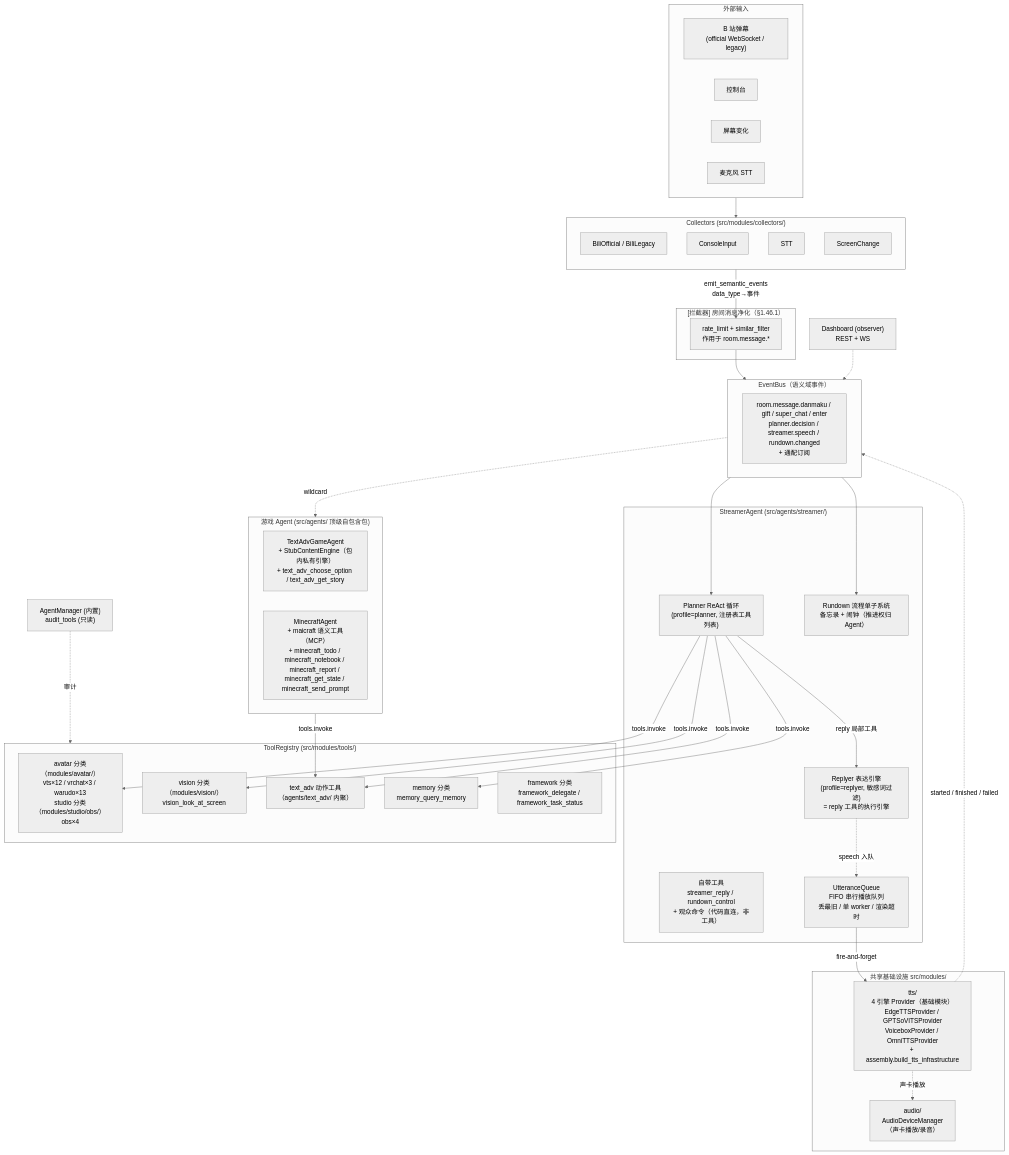
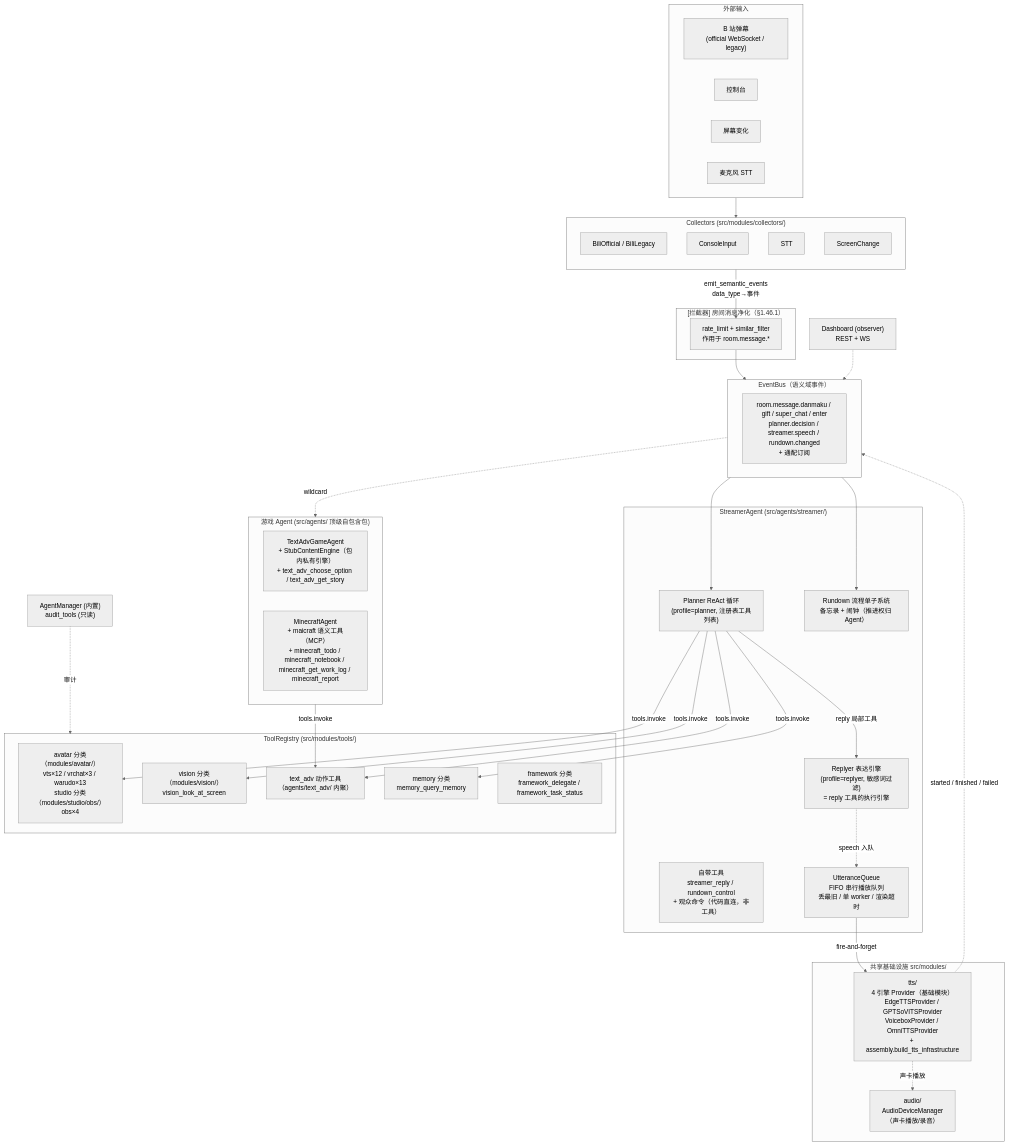
Before and after one commit to LittleSadSheep/Amaidesu: the first of 3 diagrams in docs/architecture/overview.md, drawn with Mermaid (neutral theme). The commit also changed other lines of this file and 10 other files, not shown here.

````diff
--- a/docs/architecture/overview.md
+++ b/docs/architecture/overview.md
@@ -10,70 +10,70 @@
 ```mermaid
 flowchart TB
     subgraph Ext["外部输入"]
         Bili["B 站弹幕<br/>(official WebSocket / legacy)"]
         Cons["控制台"]
         Screen["屏幕变化"]
         Mic["麦克风 STT"]
     end
 
     subgraph Collectors["Collectors (src/modules/collectors/)"]
         direction TB
         CBili["BiliOfficial / BiliLegacy"]
         CCons["ConsoleInput"]
         CMic["STT"]
         CScreen["ScreenChange"]
     end
 
     subgraph Interceptors["[拦截器] 房间消息净化（§1.46.1）"]
         INT["rate_limit + similar_filter<br/>作用于 room.message.*"]
     end
 
     subgraph Bus["EventBus（语义域事件）"]
         EB["room.message.danmaku / gift / super_chat / enter<br/>planner.decision / streamer.speech / rundown.changed<br/>+ 通配订阅"]
     end
 
     subgraph Streamer["StreamerAgent (src/agents/streamer/)"]
         Planner["Planner ReAct 循环<br/>(profile=planner, 注册表工具列表)"]
         Reply["Replyer 表达引擎<br/>(profile=replyer, 敏感词过滤)<br/>= reply 工具的执行引擎"]
         Rundown["Rundown 流程单子系统<br/>备忘录 + 闹钟（推进权归 Agent）"]
         Tools["自带工具<br/>streamer_reply / rundown_control<br/>+ 观众命令（代码直连，非工具）"]
         UQ["UtteranceQueue<br/>FIFO 串行播放队列<br/>丢最旧 / 单 worker / 渲染超时"]
     end
 
     subgraph Game["游戏 Agent (src/agents/ 顶级自包含包)"]
         TextAdv["TextAdvGameAgent<br/>+ StubContentEngine（包内私有引擎）<br/>+ text_adv_choose_option / text_adv_get_story"]
-        MC["MinecraftAgent<br/>+ maicraft 语义工具（MCP）<br/>+ minecraft_todo / minecraft_notebook / minecraft_report / minecraft_get_state / minecraft_send_prompt"]
+        MC["MinecraftAgent<br/>+ maicraft 语义工具（MCP）<br/>+ minecraft_todo / minecraft_notebook / minecraft_get_work_log / minecraft_report"]
     end
 
     subgraph Registry["ToolRegistry (src/modules/tools/)"]
         Out["avatar 分类（modules/avatar/）<br/>vts×12 / vrchat×3 / warudo×13<br/>studio 分类（modules/studio/obs/）obs×4"]
         Per["vision 分类（modules/vision/）<br/>vision_look_at_screen"]
         CE["text_adv 动作工具<br/>（agents/text_adv/ 内聚）"]
         Mem["memory 分类<br/>memory_query_memory"]
         Ctrl["framework 分类<br/>framework_delegate / framework_task_status"]
     end
 
     subgraph InFra["共享基础设施 src/modules/"]
         TTS["tts/<br/>4 引擎 Provider（基础模块）<br/>EdgeTTSProvider / GPTSoVITSProvider<br/>VoiceboxProvider / OmniTTSProvider<br/>+ assembly.build_tts_infrastructure"]
         Audio["audio/<br/>AudioDeviceManager<br/>（声卡播放/录音）"]
     end
 
     Ext --> Collectors
     Collectors -->|"emit_semantic_events<br/>data_type→事件"| INT
     INT --> Bus
     Bus --> Planner
     Bus --> Rundown
     Planner -->|reply 局部工具| Reply
     Planner -->|tools.invoke| Out
     Planner -->|tools.invoke| CE
     Planner -->|tools.invoke| Per
     Planner -->|tools.invoke| Mem
     Bus -.->|wildcard| Game
     Game -->|tools.invoke| CE
     Reply -.->|speech 入队| UQ
     UQ -->|fire-and-forget| TTS
     TTS -.->|started / finished / failed| Bus
     TTS -.->|声卡播放| Audio
     Manager["AgentManager (内置)<br/>audit_tools (只读)"] -.->|审计| Registry
     Dashboard["Dashboard (observer)<br/>REST + WS"] -.-> Bus
 ```
````
